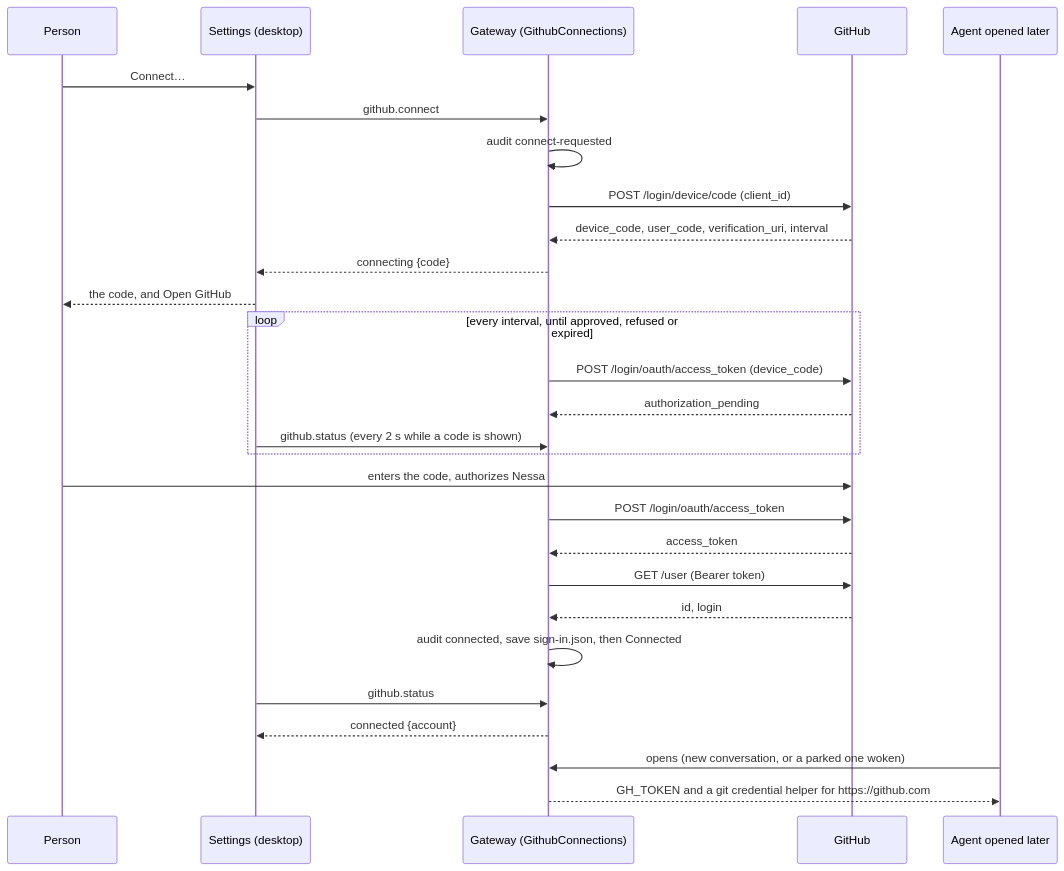
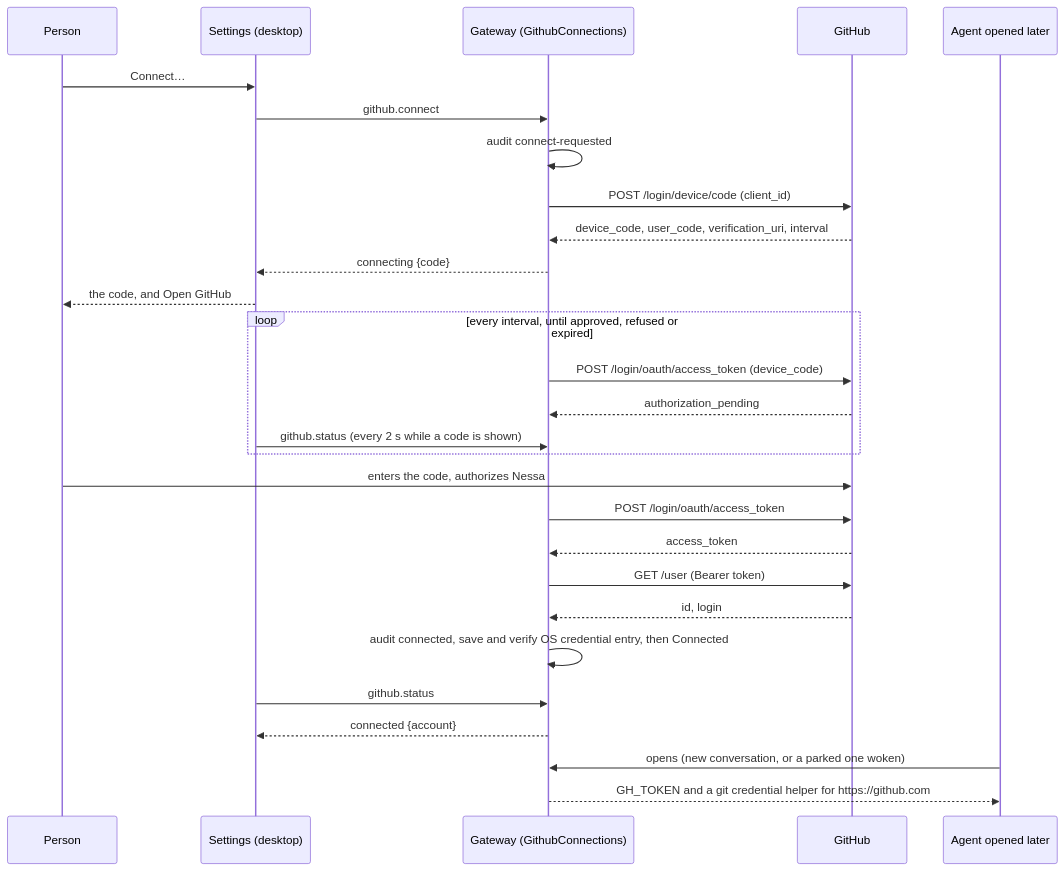
One commit to nessalabs/nessa-agent changed the diagram in docs/design/github-connect.md. Above: the diagram before and after it, drawn with Mermaid. The commit also changed other lines of this file and 51 other files, not shown here.

````diff
--- a/docs/design/github-connect.md
+++ b/docs/design/github-connect.md
@@ -27,30 +27,30 @@
 ```mermaid
 sequenceDiagram
     participant P as Person
     participant S as Settings (desktop)
     participant G as Gateway (GithubConnections)
     participant H as GitHub
     participant A as Agent opened later
     P->>S: Connect…
     S->>G: github.connect
     G->>G: audit connect-requested
     G->>H: POST /login/device/code (client_id)
     H-->>G: device_code, user_code, verification_uri, interval
     G-->>S: connecting {code}
     S-->>P: the code, and Open GitHub
     loop every interval, until approved, refused or expired
         G->>H: POST /login/oauth/access_token (device_code)
         H-->>G: authorization_pending
         S->>G: github.status (every 2 s while a code is shown)
     end
     P->>H: enters the code, authorizes Nessa
     G->>H: POST /login/oauth/access_token
     H-->>G: access_token
     G->>H: GET /user (Bearer token)
     H-->>G: id, login
-    G->>G: audit connected, save sign-in.json, then Connected
+    G->>G: audit connected, save and verify OS credential entry, then Connected
     S->>G: github.status
     G-->>S: connected {account}
     A->>G: opens (new conversation, or a parked one woken)
     G-->>A: GH_TOKEN and a git credential helper for https://github.com
 ```
````
